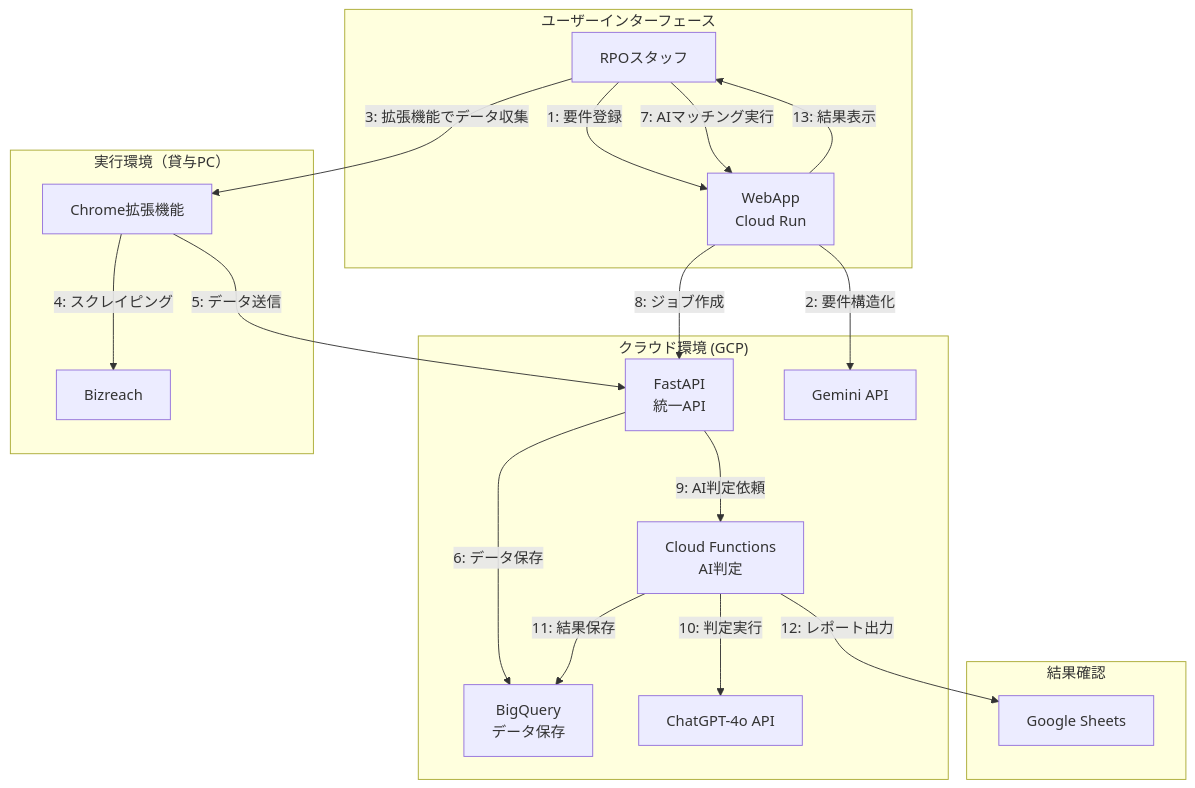
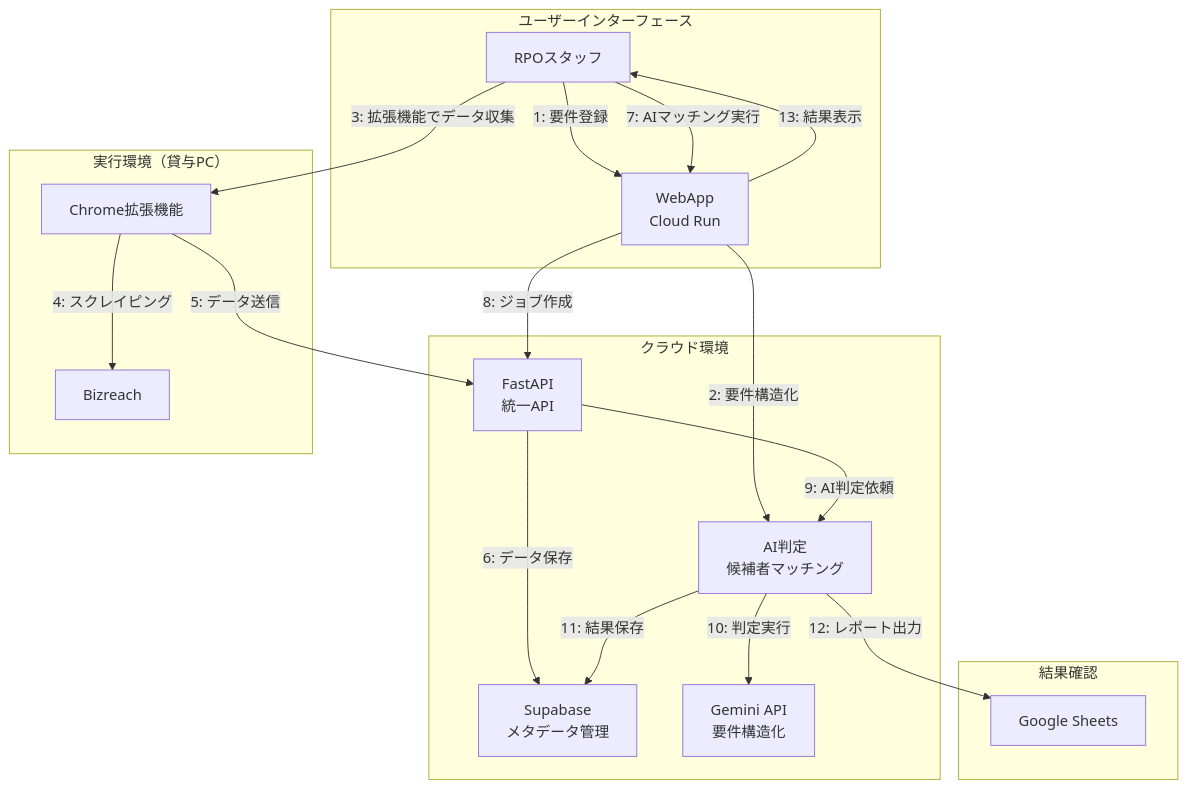
The diagram in README.md (takeshita-0x0201/rpo-automation), drawn with Mermaid before and after one commit. The commit also changed other lines of this file and 159 other files, not shown here.

````diff
--- a/README.md
+++ b/README.md
@@ -31,38 +34,37 @@
 ```mermaid
 graph TD
     subgraph "ユーザーインターフェース"
         A[RPOスタッフ]
         B[WebApp<br/>Cloud Run]
     end
     
-    subgraph "クラウド環境 (GCP)"
+    subgraph "クラウド環境"
         C[FastAPI<br/>統一API]
-        D[Cloud Functions<br/>AI判定]
-        E[BigQuery<br/>データ保存]
-        F[Gemini API]
-        G[ChatGPT-4o API]
+        D[Supabase<br/>メタデータ管理]
+        E[Gemini API<br/>要件構造化]
+        F[AI判定<br/>候補者マッチング]
     end
     
     subgraph "実行環境（貸与PC）"
         H[Chrome拡張機能]
         I[Bizreach]
     end
     
     subgraph "結果確認"
         J[Google Sheets]
     end
     
     A -->|1: 要件登録| B
     B -->|2: 要件構造化| F
     A -->|3: 拡張機能でデータ収集| H
     H -->|4: スクレイピング| I
     H -->|5: データ送信| C
-    C -->|6: データ保存| E
+    C -->|6: データ保存| D
     A -->|7: AIマッチング実行| B
     B -->|8: ジョブ作成| C
-    C -->|9: AI判定依頼| D
-    D -->|10: 判定実行| G
-    D -->|11: 結果保存| E
-    D -->|12: レポート出力| J
+    C -->|9: AI判定依頼| F
+    F -->|10: 判定実行| E
+    F -->|11: 結果保存| D
+    F -->|12: レポート出力| J
     B -->|13: 結果表示| A
 ```
````
